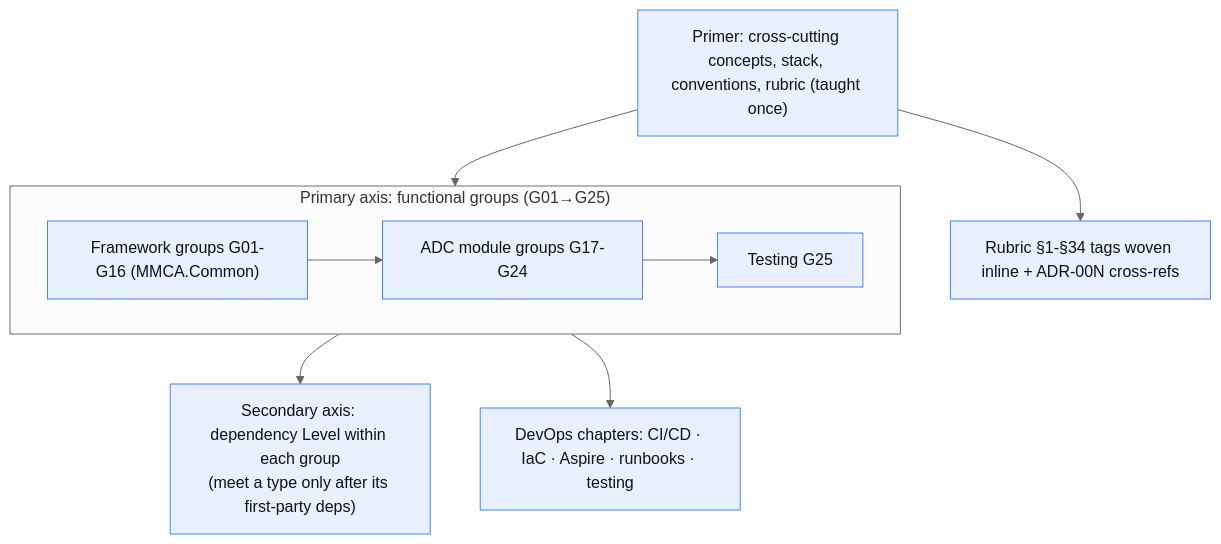
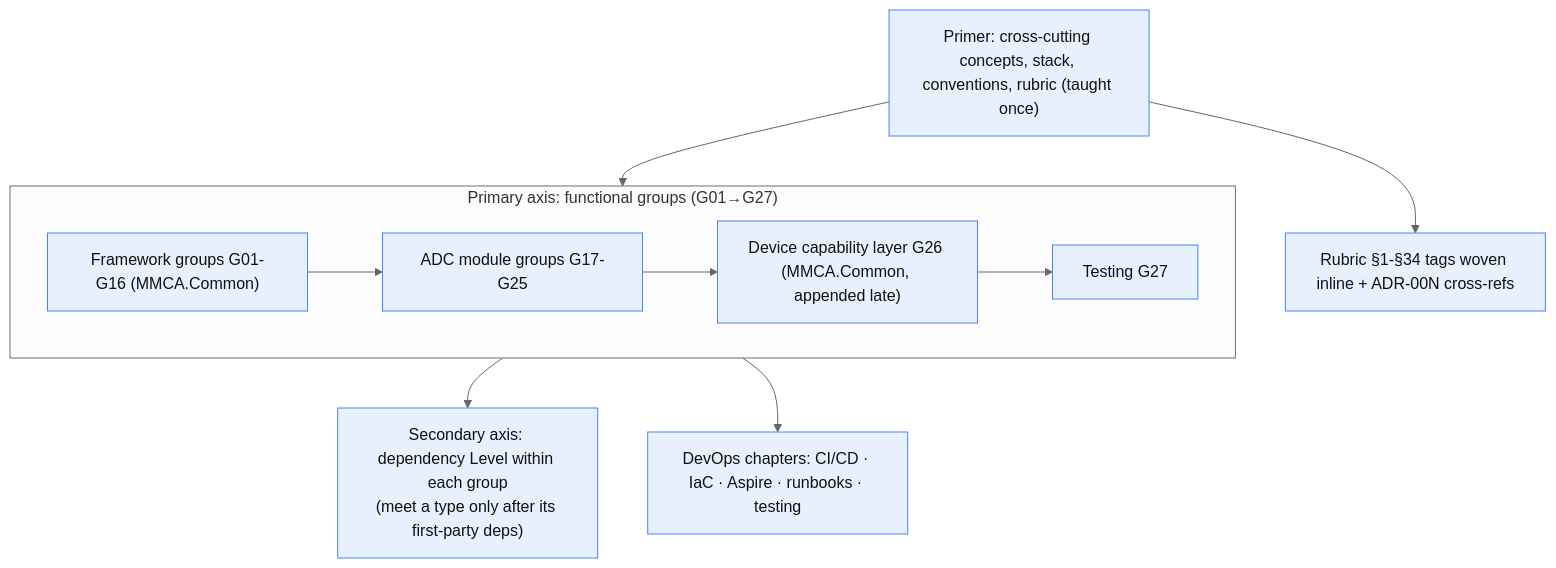
One commit to ivanball/ivanball.github.io changed diagram 15 of 15 in docs-src/onboarding/CONCEPT-MAPS.md. Above: the diagram before and after it, drawn with Mermaid (neutral theme). The commit also changed other lines of this file and 15 other files, not shown here.

````diff
--- a/docs-src/onboarding/CONCEPT-MAPS.md
+++ b/docs-src/onboarding/CONCEPT-MAPS.md
@@ -687,24 +803,25 @@
 ```mermaid
 flowchart TD
     PRIMER["Primer: cross-cutting concepts, stack, conventions, rubric (taught once)"]
 
-    subgraph AXIS1["Primary axis: functional groups (G01→G25)"]
+    subgraph AXIS1["Primary axis: functional groups (G01→G27)"]
         FW["Framework groups G01-G16 (MMCA.Common)"]
-        ADCG["ADC module groups G17-G24"]
-        TESTG["Testing G25"]
-        FW --> ADCG --> TESTG
+        ADCG["ADC module groups G17-G25"]
+        CAPG["Device capability layer G26 (MMCA.Common, appended late)"]
+        TESTG["Testing G27"]
+        FW --> ADCG --> CAPG --> TESTG
     end
 
     AXIS2["Secondary axis: dependency Level within each group<br/>(meet a type only after its first-party deps)"]
 
     LENS["Rubric §1-§34 tags woven inline + ADR-00N cross-refs"]
     DEVOPS["DevOps chapters: CI/CD · IaC · Aspire · runbooks · testing"]
 
     PRIMER --> AXIS1
     PRIMER --> LENS
     AXIS1 --> AXIS2
     AXIS1 --> DEVOPS
 
     classDef m fill:#e8f0fe,stroke:#4285f4,color:#111
-    class PRIMER,FW,ADCG,TESTG,AXIS2,LENS,DEVOPS m
+    class PRIMER,FW,ADCG,CAPG,TESTG,AXIS2,LENS,DEVOPS m
 ```
````
